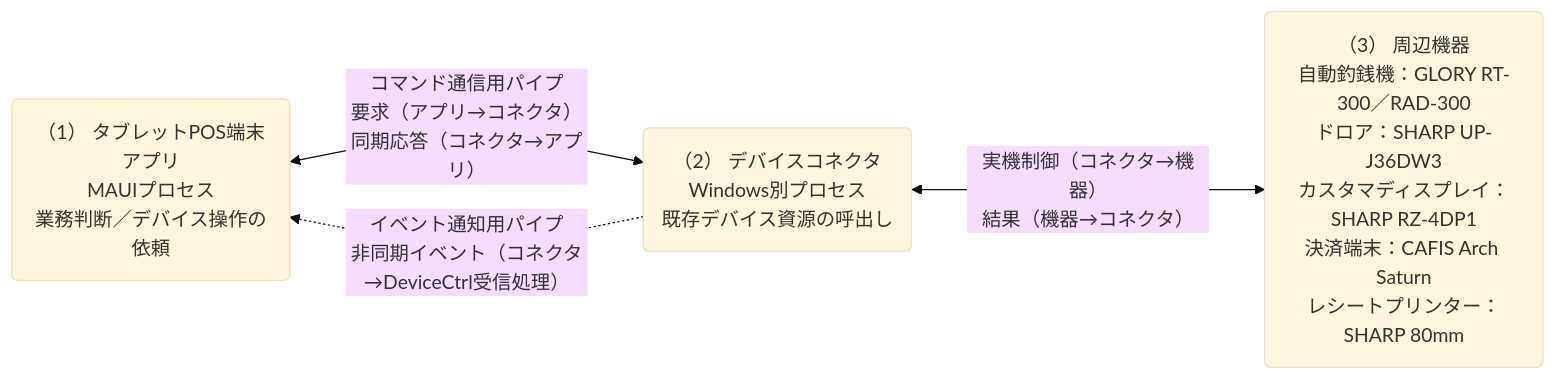
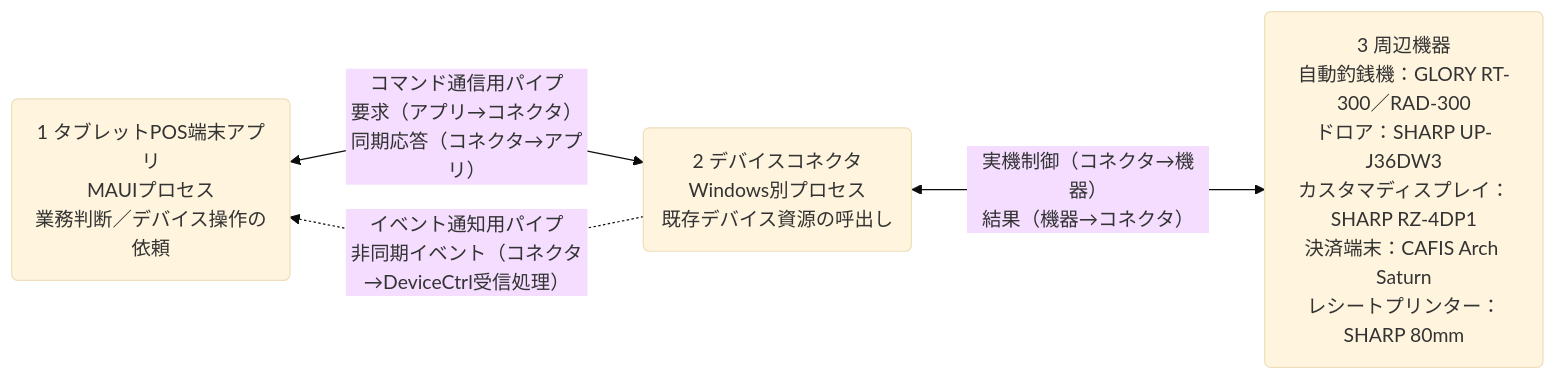
The second of 4 diagrams in artifacts/reports/device-control/20_基本設計/基本設計書_端末アプリ_デバイスコネクタ/基本設計書_端末アプリ_デバイスコネクタ.md (vti-sam/smj-ks-pos-stored), drawn with Mermaid (base theme) before and after one commit. The commit also changed other lines of this file and 40 other files, not shown here.

Commit message:
Update device control documents and editable diagrams

````diff
--- a/artifacts/reports/device-control/20_基本設計/基本設計書_端末アプリ_デバイスコネクタ/基本設計書_端末アプリ_デバイスコネクタ.md
+++ b/artifacts/reports/device-control/20_基本設計/基本設計書_端末アプリ_デバイスコネクタ/基本設計書_端末アプリ_デバイスコネクタ.md
@@ -256,23 +256,23 @@
 ```mermaid
 %%{init: {"flowchart": {"defaultRenderer": "dagre", "curve": "linear", "nodeSpacing": 54, "rankSpacing": 92}}}%%
 %% diagram-profile=system-context
 flowchart LR
- %% legend-bind class.app=（1）タブレットPOS端末アプリ
- %% legend-bind class.host=（2）デバイスコネクタ
- %% legend-bind class.device=（3）周辺機器
+ %% legend-bind class.app=1 タブレットPOS端末アプリ
+ %% legend-bind class.host=2 デバイスコネクタ
+ %% legend-bind class.device=3 周辺機器
  %% legend-bind edge.default=◀━━▶ コマンド通信
  %% legend-bind edge.1=┄┄▶ 非同期イベント
  %% legend-bind edge.2=◀━━▶ 実機制御
  %% legend-bind label=コネクターラベル
- APP("（1） タブレットPOS端末アプリ<br/>MAUIプロセス<br/>業務判断／デバイス操作の依頼")
- HOST("（2） デバイスコネクタ<br/>Windows別プロセス<br/>既存デバイス資源の呼出し")
- DEVICE("（3） 周辺機器<br/>自動釣銭機：GLORY RT-300／RAD-300<br/>ドロア：SHARP UP-J36DW3<br/>カスタマディスプレイ：SHARP RZ-4DP1<br/>決済端末：CAFIS Arch Saturn<br/>レシートプリンター：SHARP 80mm")
+ APP("1 タブレットPOS端末アプリ<br/>MAUIプロセス<br/>業務判断／デバイス操作の依頼")
+ HOST("2 デバイスコネクタ<br/>Windows別プロセス<br/>既存デバイス資源の呼出し")
+ DEVICE("3 周辺機器<br/>自動釣銭機：GLORY RT-300／RAD-300<br/>ドロア：SHARP UP-J36DW3<br/>カスタマディスプレイ：SHARP RZ-4DP1<br/>決済端末：CAFIS Arch Saturn<br/>レシートプリンター：SHARP 80mm")
 
  APP <-->|コマンド通信用パイプ<br/>要求（アプリ→コネクタ）<br/>同期応答（コネクタ→アプリ）| HOST
  HOST -.->|イベント通知用パイプ<br/>非同期イベント（コネクタ→DeviceCtrl受信処理）| APP
  HOST <-->|実機制御（コネクタ→機器）<br/>結果（機器→コネクタ）| DEVICE
 
  class APP app
  class HOST host
  class DEVICE device
 ```
````
